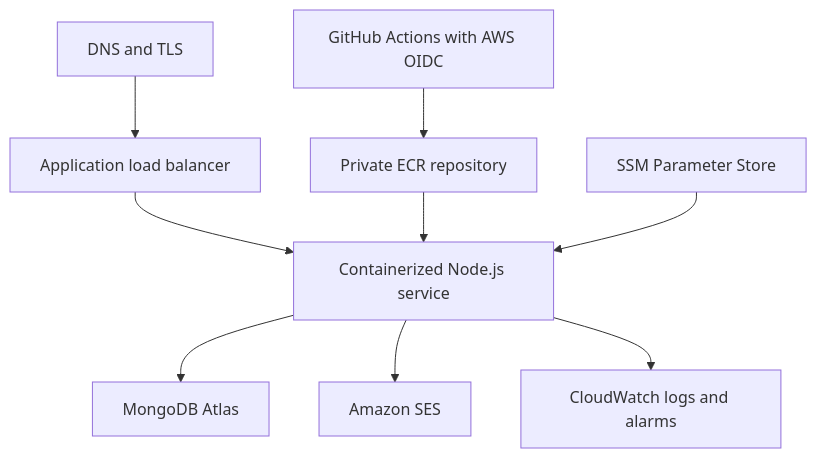
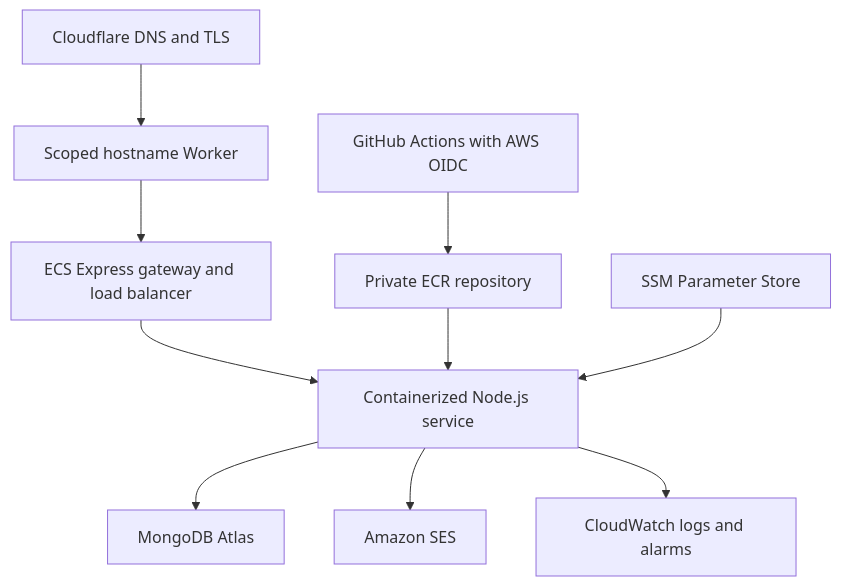
The second of 2 diagrams in docs/ARCHITECTURE.md (TshephangMogotsi/FormForge), drawn with Mermaid before and after one commit. The commit also changed other lines of this file and 4 other files, not shown here.

````diff
--- a/docs/ARCHITECTURE.md
+++ b/docs/ARCHITECTURE.md
@@ -111,11 +111,12 @@
 ```mermaid
 flowchart TB
-    DNS["DNS and TLS"] --> LB["Application load balancer"]
+    DNS["Cloudflare DNS and TLS"] --> Edge["Scoped hostname Worker"]
+    Edge --> LB["ECS Express gateway and load balancer"]
     LB --> Service["Containerized Node.js service"]
     Service --> Atlas["MongoDB Atlas"]
     Service --> Email["Amazon SES"]
     Service --> Logs["CloudWatch logs and alarms"]
     CI["GitHub Actions with AWS OIDC"] --> Registry["Private ECR repository"]
     Registry --> Service
     Secrets["SSM Parameter Store"] --> Service
 ```
````
